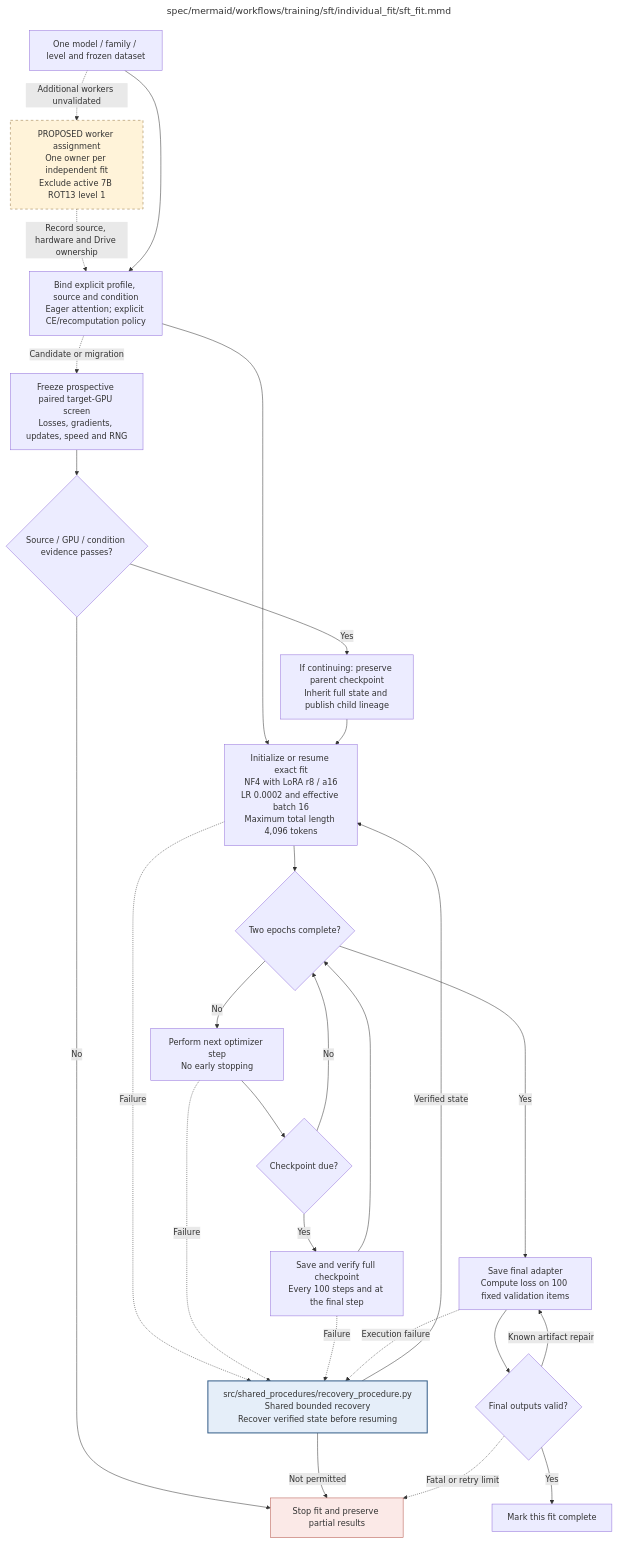
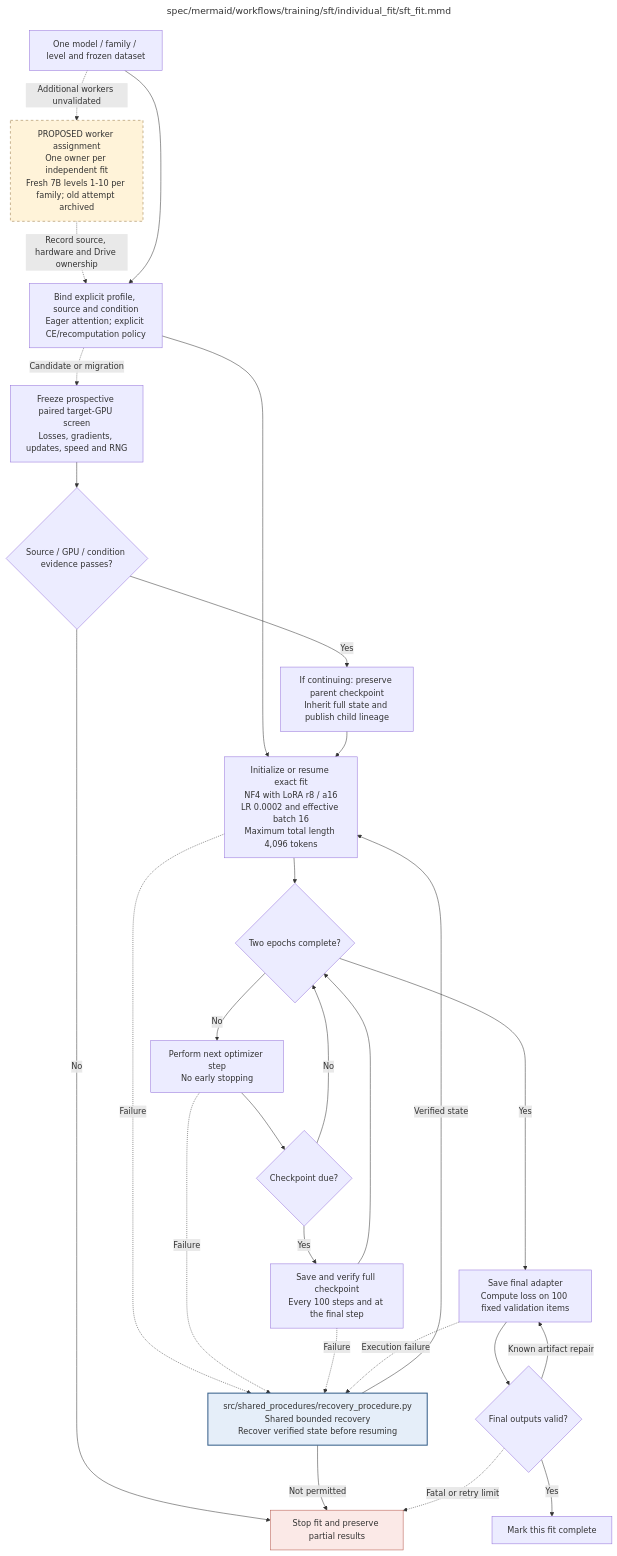
The diagram in spec/mermaid/workflows/training/sft/individual_fit/sft_fit.mmd (AJUNNYC/inducing_persistent_textual_chain_of_thought_illegibility), drawn with Mermaid before and after one commit. The commit also changed 16 other files, not shown here.

Commit message:
Document active fresh A100 SFT queues without operator time cutoff

```diff
--- a/spec/mermaid/workflows/training/sft/individual_fit/sft_fit.mmd
+++ b/spec/mermaid/workflows/training/sft/individual_fit/sft_fit.mmd
@@ -1,100 +1,101 @@
 ---
 title: "spec/mermaid/workflows/training/sft/individual_fit/sft_fit.mmd"
 ---
 flowchart TD
 %% Individual SFT fit
 %% Edit quoted node labels directly; this is native Mermaid.
 %% Source 05f42b0 recovery accepted no recomputation only for 7B ROT13 level 1 on RTX PRO 6000 Blackwell 96GB.
 %% CUDA input caching failed speed; other conditions retain the original execution defaults.
 %% CE defaults to spatial_ce; source 6d21fff flat/fused forward candidates failed numerical bounds.
 %% Source 218900d accepted stock spatial forward/tiled backward only for 7B ROT13 level 1 on Blackwell96GB.
 %% Historical source 218900d inherited step 401 with preserved parent checkpoints and verified Drive state.
 %% Source a6e3295 accepted spatial_scheduled_ce for the same selected condition; serial FP32 forward order retained.
 %% Two counterbalanced step-509 pairs passed bitwise state/RNG and additional 24.70-24.98% median time reduction.
 %% Historical a6e3295 lineage began at step 509 with preserved parent bytes.
 %% Final source 07f8a68 copy-removal trial passed bitwise state/RNG but failed speed; rejected.
 %% Historical resume: accepted a6e3295 from step 673 in the same lineage; no new migration.
-%% Current session paused safely at step 987/1250; full checkpoint verified in Drive.
-%% No new worker deployment; remaining 263 updates and final validation await resume.
+%% Historical PRO session paused at step 987/1250; checkpoint archived in Drive.
+%% Current: two A100 40GB baseline queues, 7B ROT13 and KaziText levels 1-10, fresh restart.
 %% Optimization rounds are closed; all scientific settings and 40 planned fits are retained.
 %% PROPOSED only: two PRO 6000 workers for 14B and two Colab A100 workers for remaining 7B fits.
-%% Current 7B ROT13 level 1 stays owned; no duplicate condition, new deployment or A100/14B approval.
+%% Native 7B baseline controls passed on both A100s; 14B remains unstarted.
+%% No user-imposed wall-clock deadline; whole checkpoints require Drive verification.
 %% Planning source: docs/sft_multi_gpu_execution_plan.md; forecasts are estimates, not benchmarks.
 %% Loss trials compare against active no recomputation; preserve latest full-state progress and RNG.
 %% Execution contract: known faults use bounded recovery; unclassified/persistent faults stop the worker.
 %% Frozen invalid inputs are fatal. Unrecoverable child failures propagate; never release incomplete results.
 %% Individual SFT fit
 %% No warm-start from another level; only an exact-fit full checkpoint may resume training.
 %% SFT setup and resumption
 %% NF4 double quantization, BF16; original activation-checkpointing default is enabled.
 %% A measured explicit profile may override activation recomputation after identical PEFT preparation.
 %% Immutable CUDA input caching preserves per-example tensors, sampler order and microbatch shapes.
 %% Source/hardware/profile migration preserves parent full state and writes separate verified lineage.
 %% LoRA rank 8 / alpha 16 / dropout .05; attention and MLP targets.
 %% LR 2e-4; paged AdamW32; cosine schedule; warmup 3%; weight decay 0.
 %% Microbatch 1; gradient accumulation 16; effective batch 16; max length 4096; seed 42.
 %% Known setup failures use shared bounded recovery before this procedure returns STOP.
 %% A corrupt claimed recovery checkpoint must not silently cause a fresh run with overwritten provenance.
 %% SFT optimization
 %% Full checkpoint includes adapter, optimizer, scheduler, RNG and data position.
 %% Interrupted updates roll back to a verified full checkpoint; counters survive rollback.
 %% If interruption occurs before the first checkpoint, an explicitly recorded fresh restart uses the fixed seed.
 %% No early stopping; scientific validation results cannot alter the fixed two-epoch schedule.
 %% SFT final validation and saving
 %% Retain already valid upstream artifacts; retry only the failed save or validation computation.
 %% Validation loss is reported; it does not trigger early stopping or extra training.
 %% SETUP verifies full checkpoint identity/integrity or initializes an untouched base; corrupt existing recovery state is not silently discarded.
 %% SETUP applies masking, gradient and data-identity checks before any update. Effective batch 16 and max length 4096.
 %% AUDIT->FINAL permits only a known safe artifact repair within persistent finite retry budgets. Frozen-input faults stop.
 %% Retry only the failed final save / validation operation; retain valid upstream outputs and trained state.
 %% Interrupted updates require rollback to verified state; replay is recorded and never resets retry counters.
 %% Child: RECOVER => ../../../shared_procedures/recovery_procedure.mmd
     INPUT["One model / family / level and frozen dataset"]
     SETUP["Initialize or resume exact fit<br/>NF4 with LoRA r8 / a16<br/>LR 0.0002 and effective batch 16<br/>Maximum total length 4,096 tokens"]
     DONE{"Two epochs complete?"}
     STEP["Perform next optimizer step<br/>No early stopping"]
     DUE{"Checkpoint due?"}
     SAVE["Save and verify full checkpoint<br/>Every 100 steps and at the final step"]
     DONE -->|No| STEP --> DUE
     DUE -->|Yes| SAVE --> DONE
     DUE -->|No| DONE
     FINAL["Save final adapter<br/>Compute loss on 100 fixed validation items"]
     AUDIT{"Final outputs valid?"}
     OUT["Mark this fit complete"]
     FINAL --> AUDIT
     AUDIT -->|Yes| OUT
     AUDIT -->|Known artifact repair| FINAL
     RECOVER["src/shared_procedures/recovery_procedure.py<br/>Shared bounded recovery<br/>Recover verified state before resuming"]
     STOP["Stop fit and preserve partial results"]
     PROFILE["Bind explicit profile, source and condition<br/>Eager attention; explicit CE/recomputation policy"]
     MEASURE["Freeze prospective paired target-GPU screen<br/>Losses, gradients, updates, speed and RNG"]
     ACCEPT{"Source / GPU / condition evidence passes?"}
     MIGRATE["If continuing: preserve parent checkpoint<br/>Inherit full state and publish child lineage"]
-    PROPOSED["PROPOSED worker assignment<br/>One owner per independent fit<br/>Exclude active 7B ROT13 level 1"]
+    PROPOSED["PROPOSED worker assignment<br/>One owner per independent fit<br/>Fresh 7B levels 1-10 per family; old attempt archived"]
     INPUT -.->|Additional workers unvalidated| PROPOSED
     PROPOSED -.->|Record source, hardware and Drive ownership| PROFILE
     INPUT --> PROFILE --> SETUP --> DONE
     PROFILE -.->|Candidate or migration| MEASURE --> ACCEPT
     ACCEPT -->|Yes| MIGRATE --> SETUP
     ACCEPT -->|No| STOP
     DONE -->|Yes| FINAL
     SETUP -.->|Failure| RECOVER
     STEP -.->|Failure| RECOVER
     SAVE -.->|Failure| RECOVER
     FINAL -.->|Execution failure| RECOVER
     RECOVER -->|Verified state| SETUP
     RECOVER -->|Not permitted| STOP
     AUDIT -.->|Fatal or retry limit| STOP
     classDef detail fill:#e5eef9,stroke:#365f8a,stroke-width:2px
     class RECOVER detail
     classDef stop fill:#fbe9e7,stroke:#b45448
     class STOP stop
 
 %% Repository module: src/training/sft/individual_fit/sft_fit.py
 %% Module documentation: docs/modules/training/sft/individual_fit/sft_fit.md
 %% Unit test: tests/unit/training/sft/individual_fit/test_sft_fit.py
 %% Owner: sft
 %% Source sections: C.2.2–C.2.4; E.1.3; E.2.4,E.2.6; H.9
 
     classDef proposal fill:#fff3d9,stroke:#95733f,stroke-dasharray:5 5
     class PROPOSED proposal
```
